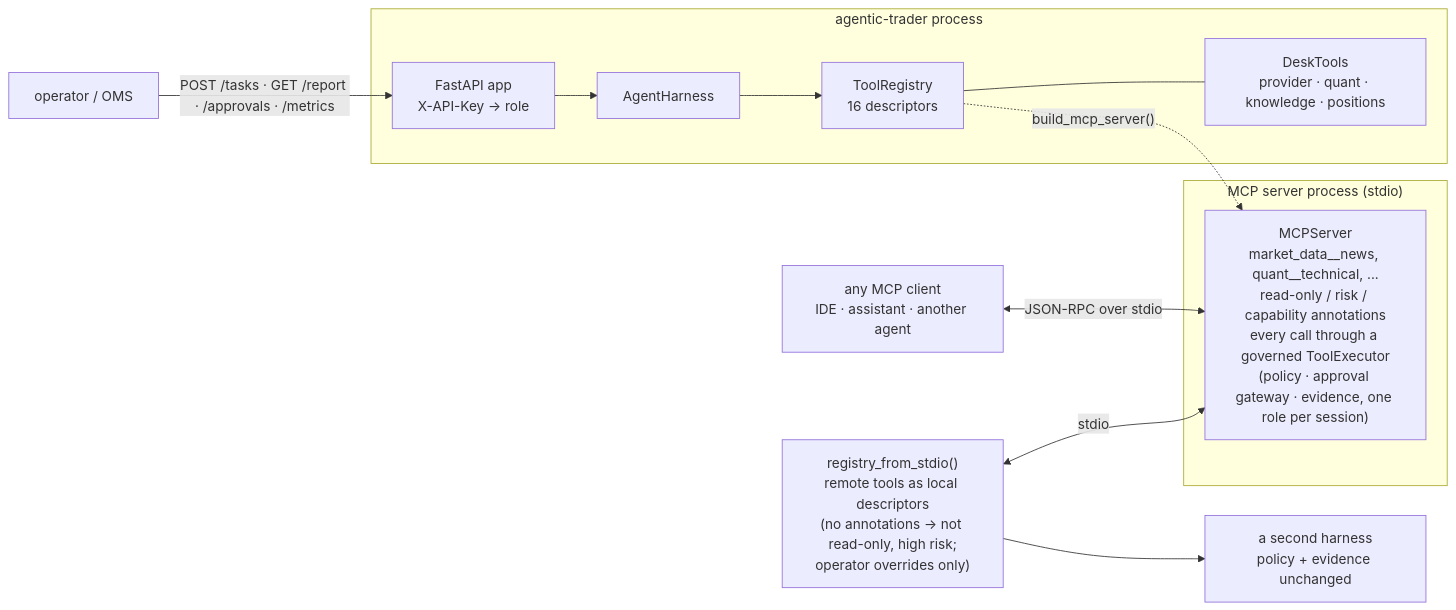
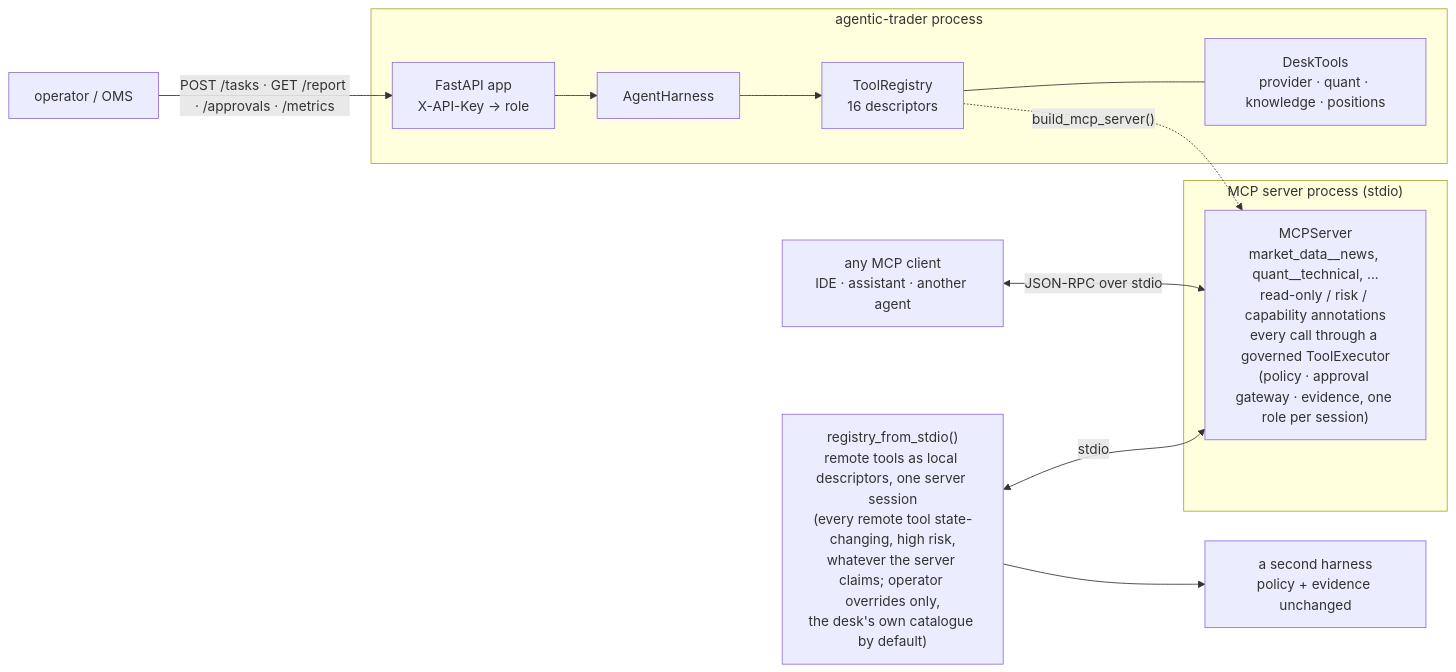
Before and after one commit to AshJha0/agentic-trader: diagram 16 of 30 in docs/DIAGRAMS.md, drawn with Mermaid. The commit also changed other lines of this file and 18 other files, not shown here.

````diff
--- a/docs/DIAGRAMS.md
+++ b/docs/DIAGRAMS.md
@@ -513,18 +513,18 @@
 ```mermaid
 flowchart LR
     subgraph Proc["agentic-trader process"]
         REG["ToolRegistry<br/>16 descriptors"]
         DT["DeskTools<br/>provider · quant · knowledge · positions"]
         REG --- DT
         HAR["AgentHarness"] --> REG
         API["FastAPI app<br/>X-API-Key → role"] --> HAR
     end
     subgraph MCPProc["MCP server process (stdio)"]
         MS["MCPServer<br/>market_data__news, quant__technical, ...<br/>read-only / risk / capability annotations<br/>every call through a governed ToolExecutor<br/>(policy · approval gateway · evidence, one role per session)"]
     end
     REG -.->|"build_mcp_server()"| MS
     CLIENT["any MCP client<br/>IDE · assistant · another agent"] <-->|JSON-RPC over stdio| MS
-    REMOTE["registry_from_stdio()<br/>remote tools as local descriptors<br/>(no annotations → not read-only, high risk;<br/>operator overrides only)"] <-->|stdio| MS
+    REMOTE["registry_from_stdio()<br/>remote tools as local descriptors, one server session<br/>(every remote tool state-changing, high risk,<br/>whatever the server claims; operator overrides only,<br/>the desk's own catalogue by default)"] <-->|stdio| MS
     REMOTE --> HAR2["a second harness<br/>policy + evidence unchanged"]
     OPS["operator / OMS"] -->|"POST /tasks · GET /report · /approvals · /metrics"| API
 ```
````
